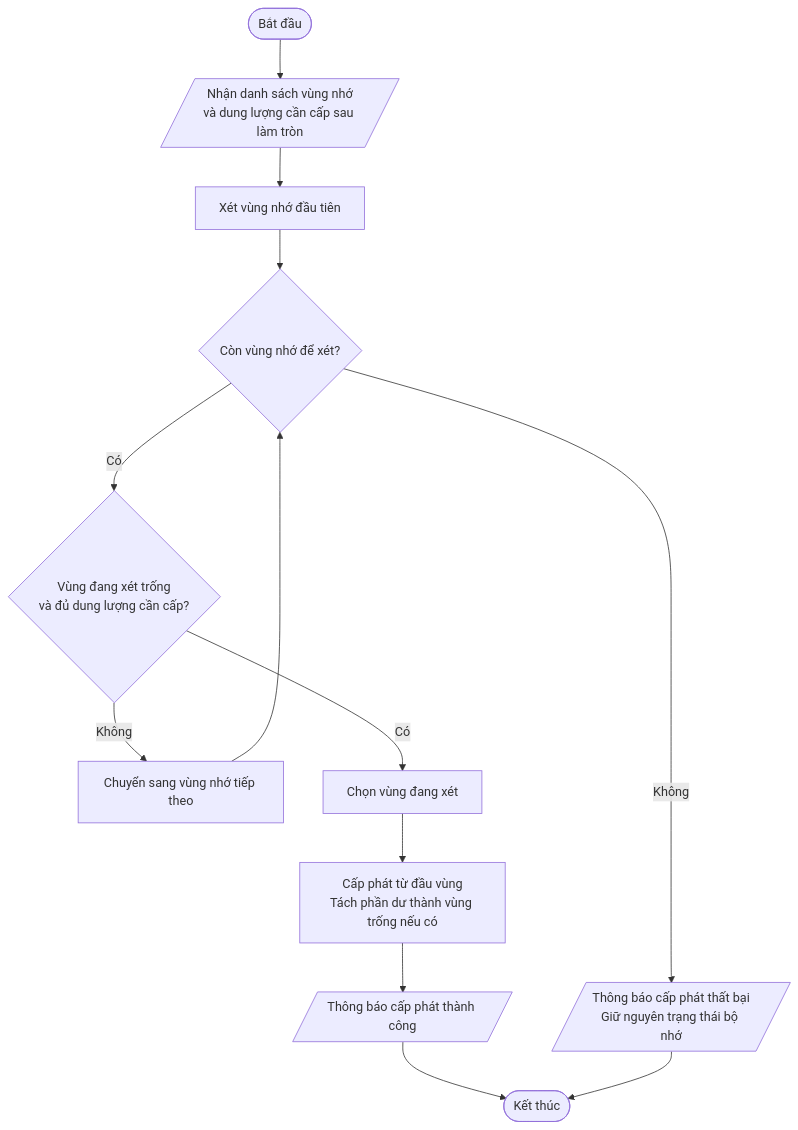
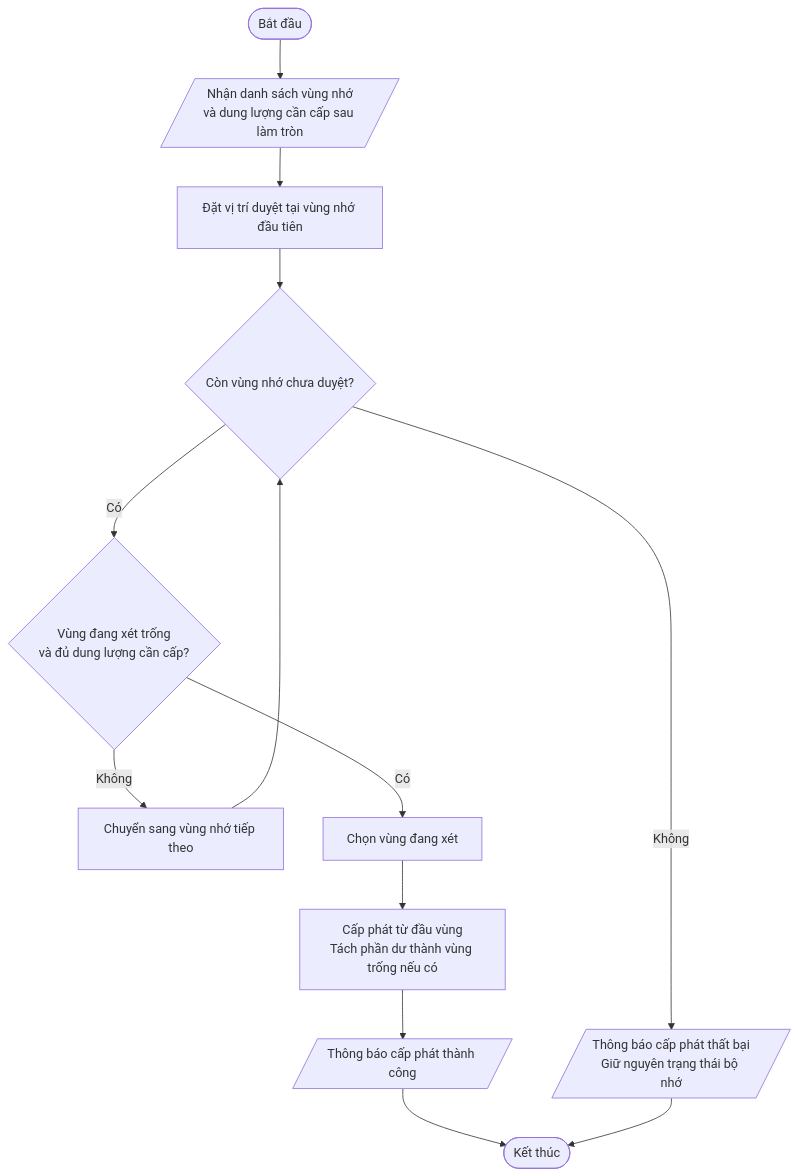
Before and after one commit to GiaHung305/OS_MEM_11_Nhom03: the second of 4 diagrams in report/spec.md, drawn with Mermaid. The commit also changed other lines of this file, not shown here.

Commit message:
Clarify allocation flowcharts

````diff
--- a/report/spec.md
+++ b/report/spec.md
@@ -216,15 +216,15 @@
 ```mermaid
 flowchart TD
     A([Bắt đầu]) --> B[/"Nhận danh sách vùng nhớ<br/>và dung lượng cần cấp sau làm tròn"/]
-    B --> C["Xét vùng nhớ đầu tiên"]
-    C --> D{"Còn vùng nhớ để xét?"}
+    B --> C["Đặt vị trí duyệt tại vùng nhớ đầu tiên"]
+    C --> D{"Còn vùng nhớ chưa duyệt?"}
     D -->|Có| E{"Vùng đang xét trống<br/>và đủ dung lượng cần cấp?"}
     E -->|Không| F["Chuyển sang vùng nhớ tiếp theo"]
     F --> D
     E -->|Có| G["Chọn vùng đang xét"]
     G --> H["Cấp phát từ đầu vùng<br/>Tách phần dư thành vùng trống nếu có"]
     H --> I[/"Thông báo cấp phát thành công"/]
     D -->|Không| J[/"Thông báo cấp phát thất bại<br/>Giữ nguyên trạng thái bộ nhớ"/]
     I --> K([Kết thúc])
     J --> K
 ```
````
